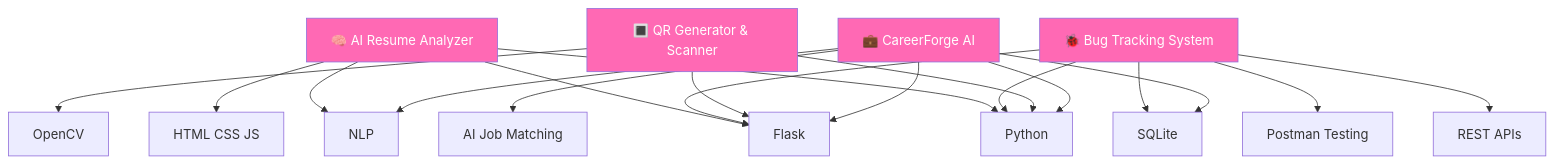
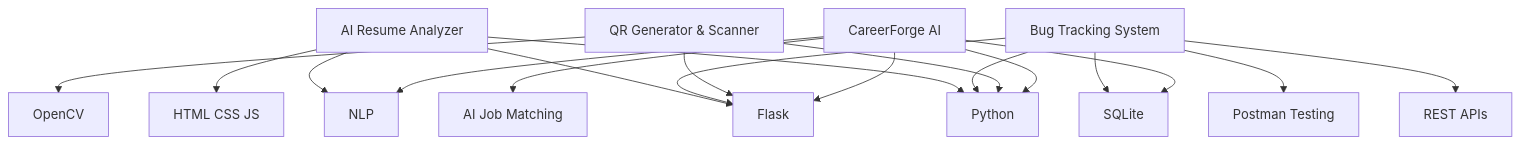
Before and after one commit to Madhavi2233/Madhavi2233: the diagram in README.md, drawn with Mermaid. The commit also changed other lines of this file, not shown here.

````diff
--- a/README.md
+++ b/README.md
@@ -50,29 +53,24 @@
 ```mermaid
 graph TD;
 
-A[🧠 AI Resume Analyzer] --> B[Python]
+A[AI Resume Analyzer] --> B[Python]
 A --> C[Flask]
 A --> D[NLP]
 A --> E[HTML CSS JS]
 
-F[🐞 Bug Tracking System] --> B
+F[Bug Tracking System] --> B
 F --> C
 F --> G[SQLite]
 F --> H[REST APIs]
 F --> I[Postman Testing]
 
-J[🔳 QR Generator & Scanner] --> B
+J[QR Generator & Scanner] --> B
 J --> C
 J --> K[OpenCV]
 
-L[💼 CareerForge AI] --> B
+L[CareerForge AI] --> B
 L --> C
 L --> D
 L --> G
 L --> M[AI Job Matching]
-
-style A fill:#ff69b4,color:#fff
-style F fill:#ff69b4,color:#fff
-style J fill:#ff69b4,color:#fff
-style L fill:#ff69b4,color:#fff
 ```
````
